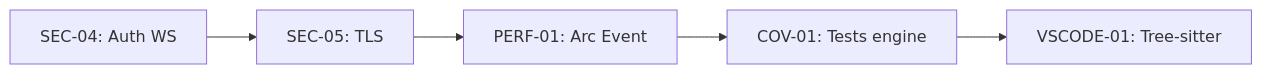
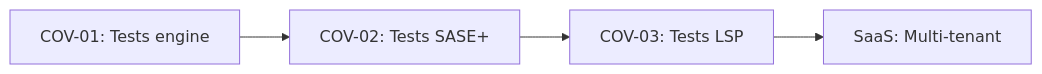
One commit to varpulis/varpulis changed the diagram in docs/development/KANBAN.md. Above: the diagram before and after it, drawn with Mermaid. The commit also changed other lines of this file, not shown here.

First line of the commit message:
docs: update KANBAN with LSP and connectivity architecture

````diff
--- a/docs/development/KANBAN.md
+++ b/docs/development/KANBAN.md
@@ -898,7 +996,6 @@
 ```mermaid
 graph LR
-    SEC04[SEC-04: Auth WS] --> SEC05[SEC-05: TLS]
-    SEC05 --> PERF01[PERF-01: Arc Event]
-    PERF01 --> COV01[COV-01: Tests engine]
-    COV01 --> VSCODE01[VSCODE-01: Tree-sitter]
+    COV01[COV-01: Tests engine] --> COV02[COV-02: Tests SASE+]
+    COV02 --> COV03[COV-03: Tests LSP]
+    COV03 --> SAAS01[SaaS: Multi-tenant]
 ```
````
